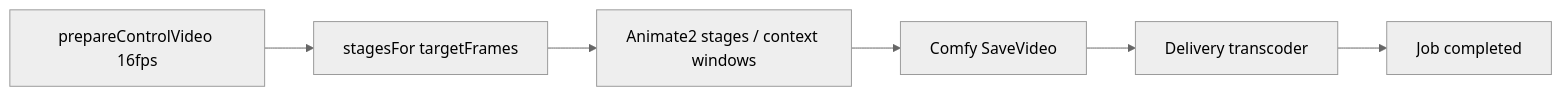
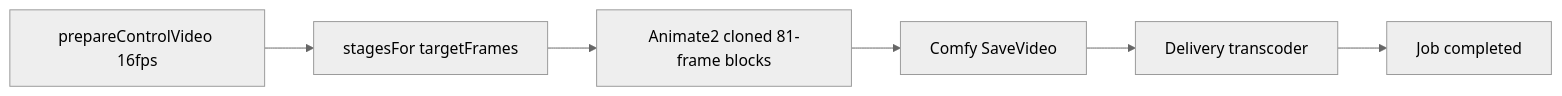
One commit to crosshj/parascene-provider-local changed the diagram in server/workflows/video2video/wan_animate_2.plan.md. Above: the diagram before and after it, drawn with Mermaid (neutral theme). The commit also changed other lines of this file and 19 other files, not shown here.

````diff
--- a/server/workflows/video2video/wan_animate_2.plan.md
+++ b/server/workflows/video2video/wan_animate_2.plan.md
@@ -35,10 +35,10 @@
 ```mermaid
 flowchart LR
   prep[prepareControlVideo 16fps]
   plan[stagesFor targetFrames]
-  run[Animate2 stages / context windows]
+  run[Animate2 cloned 81-frame blocks]
   comfy[Comfy SaveVideo]
   xcode[Delivery transcoder]
   done[Job completed]
   prep --> plan --> run --> comfy --> xcode --> done
 ```
````
